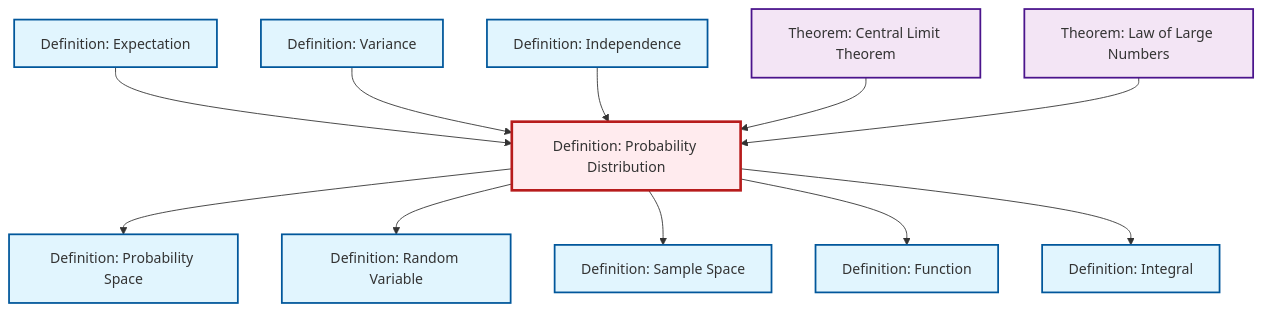
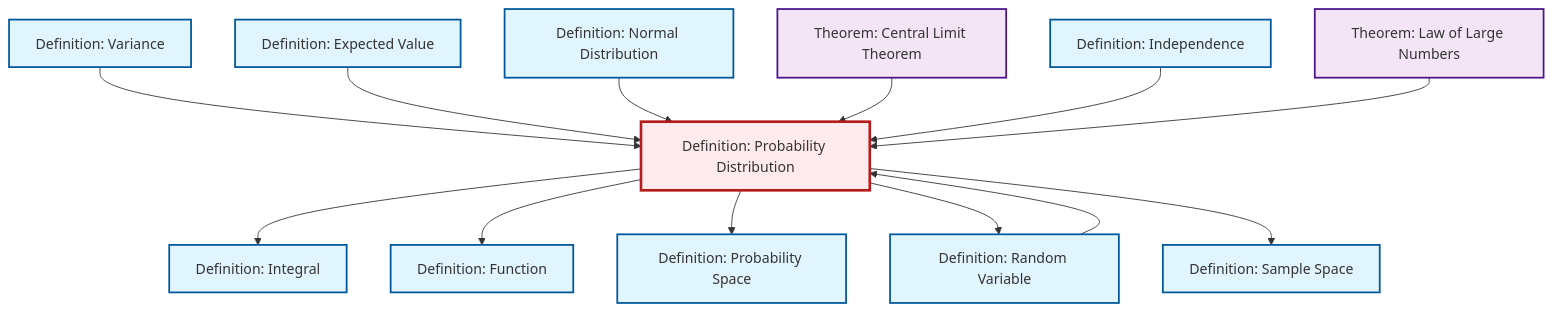
Before and after one commit to RK0429/ModernMath: the diagram in content/en/probability-statistics/def-probability-distribution.qmd, drawn with Mermaid. The commit also changed other lines of this file and 634 other files, not shown here.

````diff
--- a/content/en/probability-statistics/def-probability-distribution.qmd
+++ b/content/en/probability-statistics/def-probability-distribution.qmd
@@ -99,41 +99,45 @@
 ```{mermaid}
 %%| fig-cap: "Local dependency graph"
 graph TD
     classDef definition fill:#e1f5fe,stroke:#01579b,stroke-width:2px
     classDef theorem fill:#f3e5f5,stroke:#4a148c,stroke-width:2px
     classDef axiom fill:#fff3e0,stroke:#e65100,stroke-width:2px
     classDef example fill:#e8f5e9,stroke:#1b5e20,stroke-width:2px
     classDef current fill:#ffebee,stroke:#b71c1c,stroke-width:3px
+    def-independence["Definition: Independence"]:::definition
+    thm-central-limit["Theorem: Central Limit Theorem"]:::theorem
     def-probability-space["Definition: Probability Space"]:::definition
-    def-random-variable["Definition: Random Variable"]:::definition
-    def-sample-space["Definition: Sample Space"]:::definition
+    def-expectation["Definition: Expected Value"]:::definition
+    def-variance["Definition: Variance"]:::definition
+    def-probability-distribution["Definition: Probability Distribution"]:::definition
+    def-normal-distribution["Definition: Normal Distribution"]:::definition
     def-function["Definition: Function"]:::definition
     def-integral["Definition: Integral"]:::definition
-    def-probability-distribution["Definition: Probability Distribution"]:::definition
-    def-expectation["Definition: Expectation"]:::definition
-    def-variance["Definition: Variance"]:::definition
-    def-independence["Definition: Independence"]:::definition
-    thm-central-limit["Theorem: Central Limit Theorem"]:::theorem
+    def-sample-space["Definition: Sample Space"]:::definition
     thm-law-of-large-numbers["Theorem: Law of Large Numbers"]:::theorem
+    def-random-variable["Definition: Random Variable"]:::definition
+    def-variance --> def-probability-distribution
+    def-expectation --> def-probability-distribution
+    def-normal-distribution --> def-probability-distribution
+    def-probability-distribution --> def-integral
+    def-probability-distribution --> def-function
     def-probability-distribution --> def-probability-space
+    thm-central-limit --> def-probability-distribution
     def-probability-distribution --> def-random-variable
+    def-independence --> def-probability-distribution
+    thm-law-of-large-numbers --> def-probability-distribution
     def-probability-distribution --> def-sample-space
-    def-probability-distribution --> def-function
-    def-probability-distribution --> def-integral
-    def-expectation --> def-probability-distribution
-    def-variance --> def-probability-distribution
-    def-independence --> def-probability-distribution
-    thm-central-limit --> def-probability-distribution
-    thm-law-of-large-numbers --> def-probability-distribution
+    def-random-variable --> def-probability-distribution
     class def-probability-distribution current
+    click def-independence "def-independence.html" "Go to Independence definition"
+    click thm-central-limit "thm-central-limit.html" "Go to Central Limit Theorem theorem"
     click def-probability-space "def-probability-space.html" "Go to Probability Space definition"
-    click def-random-variable "def-random-variable.html" "Go to Random Variable definition"
-    click def-sample-space "def-sample-space.html" "Go to Sample Space definition"
+    click def-expectation "def-expectation.html" "Go to Expected Value definition"
+    click def-variance "def-variance.html" "Go to Variance definition"
+    click def-normal-distribution "def-normal-distribution.html" "Go to Normal Distribution definition"
     click def-function "def-function.html" "Go to Function definition"
     click def-integral "def-integral.html" "Go to Integral definition"
-    click def-expectation "def-expectation.html" "Go to Expectation definition"
-    click def-variance "def-variance.html" "Go to Variance definition"
-    click def-independence "def-independence.html" "Go to Independence definition"
-    click thm-central-limit "thm-central-limit.html" "Go to Central Limit Theorem"
-    click thm-law-of-large-numbers "thm-law-of-large-numbers.html" "Go to Law of Large Numbers"
+    click def-sample-space "def-sample-space.html" "Go to Sample Space definition"
+    click thm-law-of-large-numbers "thm-law-of-large-numbers.html" "Go to Law of Large Numbers theorem"
+    click def-random-variable "def-random-variable.html" "Go to Random Variable definition"
 ```
````
